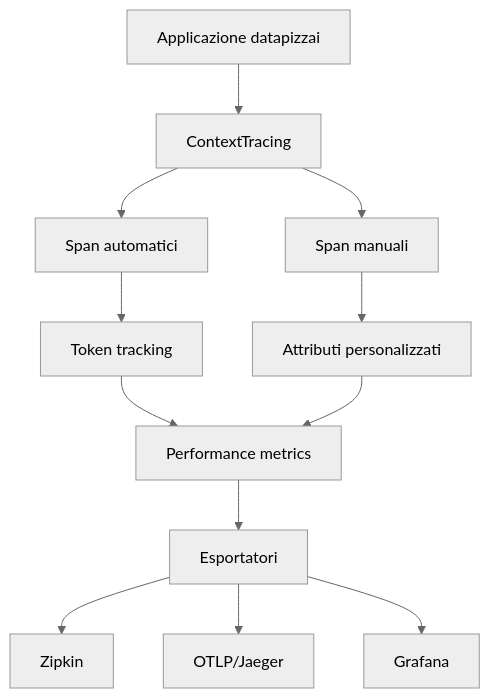
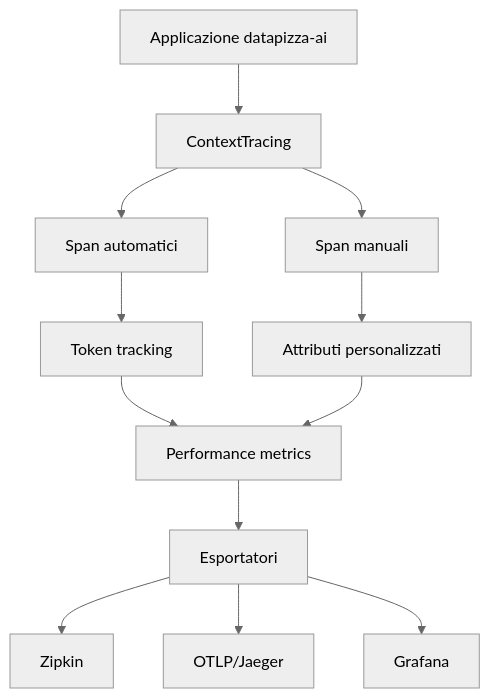
The diagram in DatapizzAI/PizzAI/Monitoring/README.md (Rkomi98/Datapizza), drawn with Mermaid (neutral theme) before and after one commit. The commit also changed other lines of this file and 86 other files, not shown here.

````diff
--- a/DatapizzAI/PizzAI/Monitoring/README.md
+++ b/DatapizzAI/PizzAI/Monitoring/README.md
@@ -88,14 +88,14 @@
 ```mermaid
 graph TD
-    A[Applicazione datapizzai] --> B[ContextTracing]
+    A[Applicazione datapizza-ai] --> B[ContextTracing]
     B --> C[Span automatici]
     B --> D[Span manuali]
     C --> E[Token tracking]
     D --> F[Attributi personalizzati]
     E --> G[Performance metrics]
     F --> G
     G --> H[Esportatori]
     H --> I[Zipkin]
     H --> J[OTLP/Jaeger]
     H --> K[Grafana]
 ```
````
